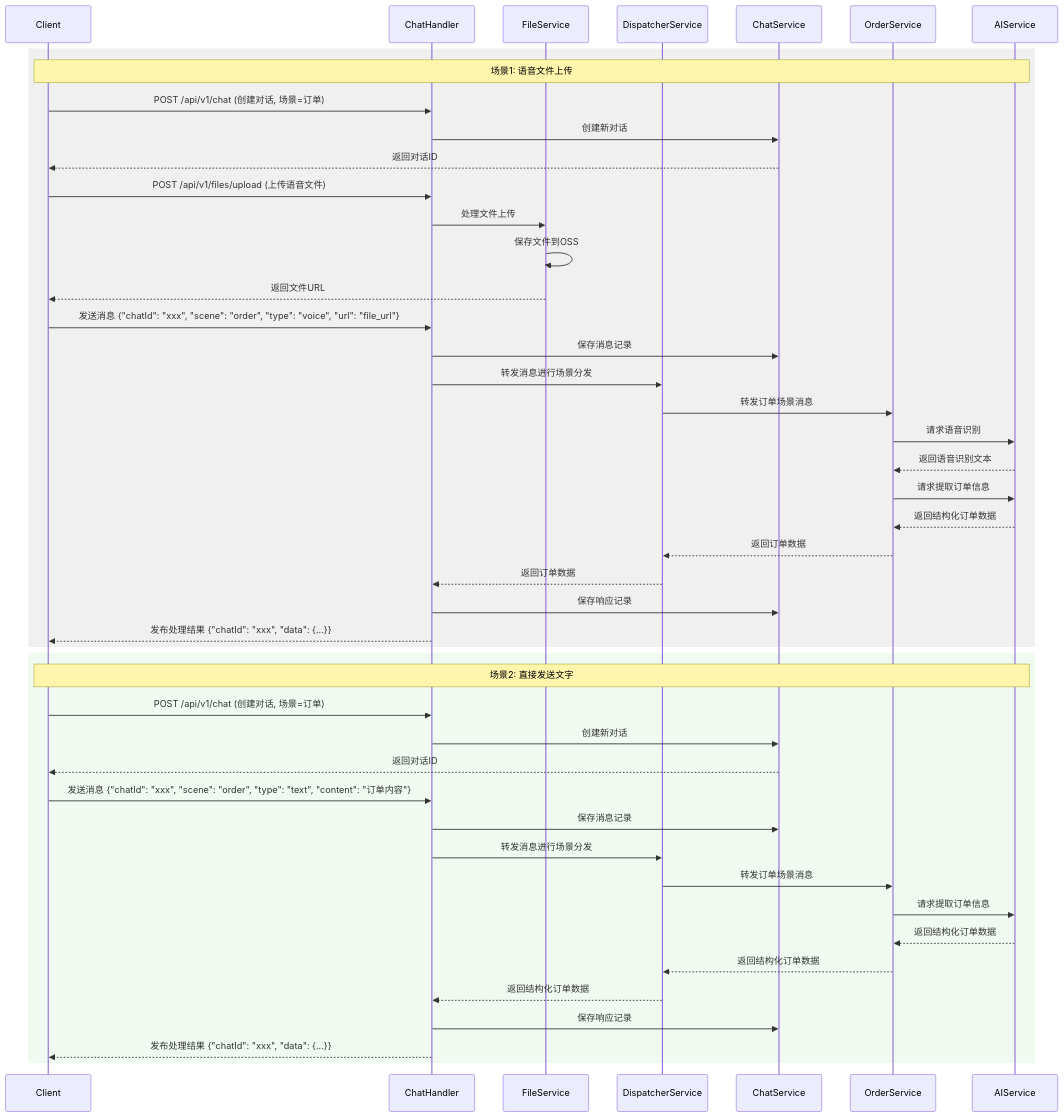
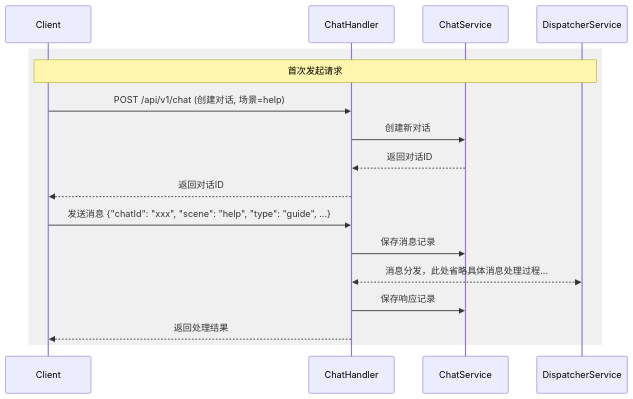
The second of 7 diagrams in ai-coding/output/应用软件交互时序图.md (hanhzf/aiops), drawn with Mermaid before and after one commit. The commit also changed other lines of this file and 6 other files, not shown here.

Commit message:
update er

````diff
--- a/ai-coding/output/应用软件交互时序图.md
+++ b/ai-coding/output/应用软件交互时序图.md
@@ -73,59 +34,23 @@
 ```mermaid
 sequenceDiagram
     participant Client
     participant ChatHandler
-    participant FileService
+    participant ChatService
     participant DispatcherService
-    participant ChatService
-    participant OrderService
-    participant AIService
 
-    %% %% WebSocket连接建立（只需要建立一次）
-    %% Client->>ChatHandler: 建立WebSocket连接
-    %% ChatHandler-->>Client: 连接确认
-
-    %% 场景1: 语音文件上传流程
+    %% 第一次语音文件上传流程（首页导航请求）
     rect rgb(240, 240, 240)
-        Note over Client,AIService: 场景1: 语音文件上传
-        Client->>ChatHandler: POST /api/v1/chat (创建对话, 场景=订单)
+        Note over Client,DispatcherService: 首次发起请求
+        Client->>ChatHandler: POST /api/v1/chat (创建对话, 场景=help)
         ChatHandler->>ChatService: 创建新对话
-        ChatService-->>Client: 返回对话ID
+        ChatService-->>ChatHandler: 返回对话ID
+        ChatHandler-->>Client: 返回对话ID
         
-        Client->>ChatHandler: POST /api/v1/files/upload (上传语音文件)
-        ChatHandler->>FileService: 处理文件上传
-        FileService->>FileService: 保存文件到OSS
-        FileService-->>Client: 返回文件URL
         
-        Client->>ChatHandler: 发送消息 {"chatId": "xxx", "scene": "order", "type": "voice", "url": "file_url"}
+        Client->>ChatHandler: 发送消息 {"chatId": "xxx", "scene": "help", "type": "guide", ...}
         ChatHandler->>ChatService: 保存消息记录
-        ChatHandler->>DispatcherService: 转发消息进行场景分发
-        DispatcherService->>OrderService: 转发订单场景消息
-        OrderService->>AIService: 请求语音识别
-        AIService-->>OrderService: 返回语音识别文本
-        OrderService->>AIService: 请求提取订单信息
-        AIService-->>OrderService: 返回结构化订单数据
-        OrderService-->>DispatcherService: 返回订单数据
-        DispatcherService-->>ChatHandler: 返回订单数据
+        ChatHandler<<-->>DispatcherService: 消息分发，此处省略具体消息处理过程...
         ChatHandler->>ChatService: 保存响应记录
-        ChatHandler-->>Client: 发布处理结果 {"chatId": "xxx", "data": {...}}
-    end
-
-    %% 场景2: 直接发送文字流程
-    rect rgb(240, 250, 240)
-        Note over Client,AIService: 场景2: 直接发送文字
-        Client->>ChatHandler: POST /api/v1/chat (创建对话, 场景=订单)
-        ChatHandler->>ChatService: 创建新对话
-        ChatService-->>Client: 返回对话ID
-        
-        Client->>ChatHandler: 发送消息 {"chatId": "xxx", "scene": "order", "type": "text", "content": "订单内容"}
-        ChatHandler->>ChatService: 保存消息记录
-        ChatHandler->>DispatcherService: 转发消息进行场景分发
-        DispatcherService->>OrderService: 转发订单场景消息
-        OrderService->>AIService: 请求提取订单信息
-        AIService-->>OrderService: 返回结构化订单数据
-        OrderService-->>DispatcherService: 返回结构化订单数据
-        DispatcherService-->>ChatHandler: 返回结构化订单数据
-        ChatHandler->>ChatService: 保存响应记录
-        ChatHandler-->>Client: 发布处理结果 {"chatId": "xxx", "data": {...}}
+        ChatHandler-->>Client: 返回处理结果
     end
 ```
````
